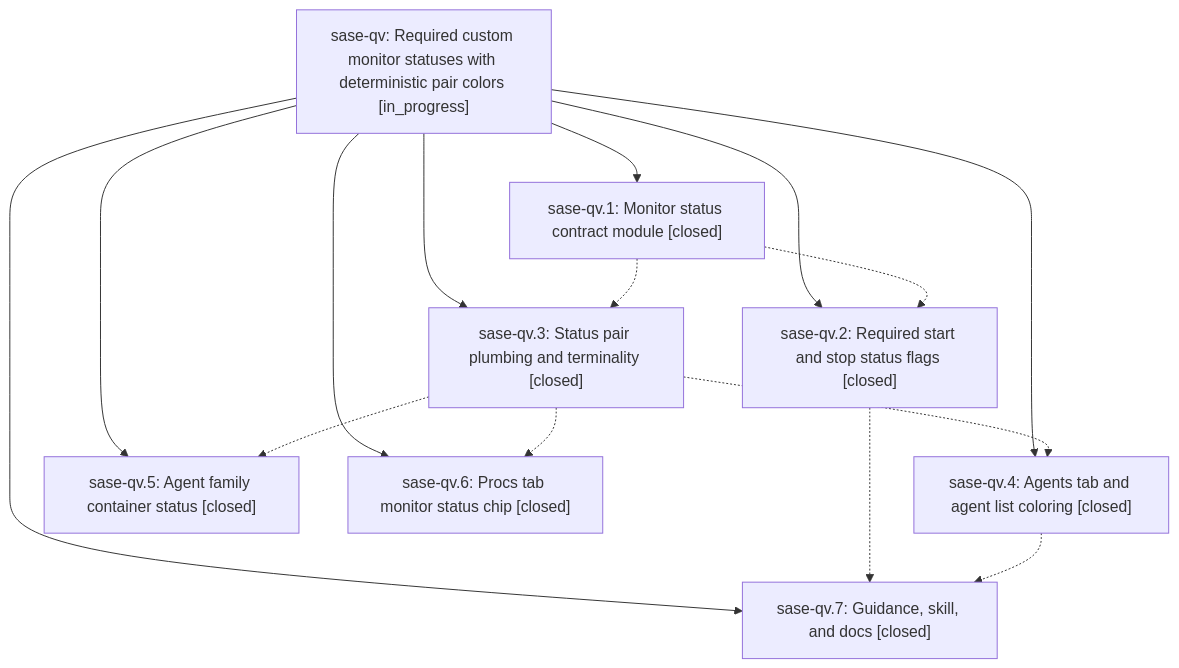
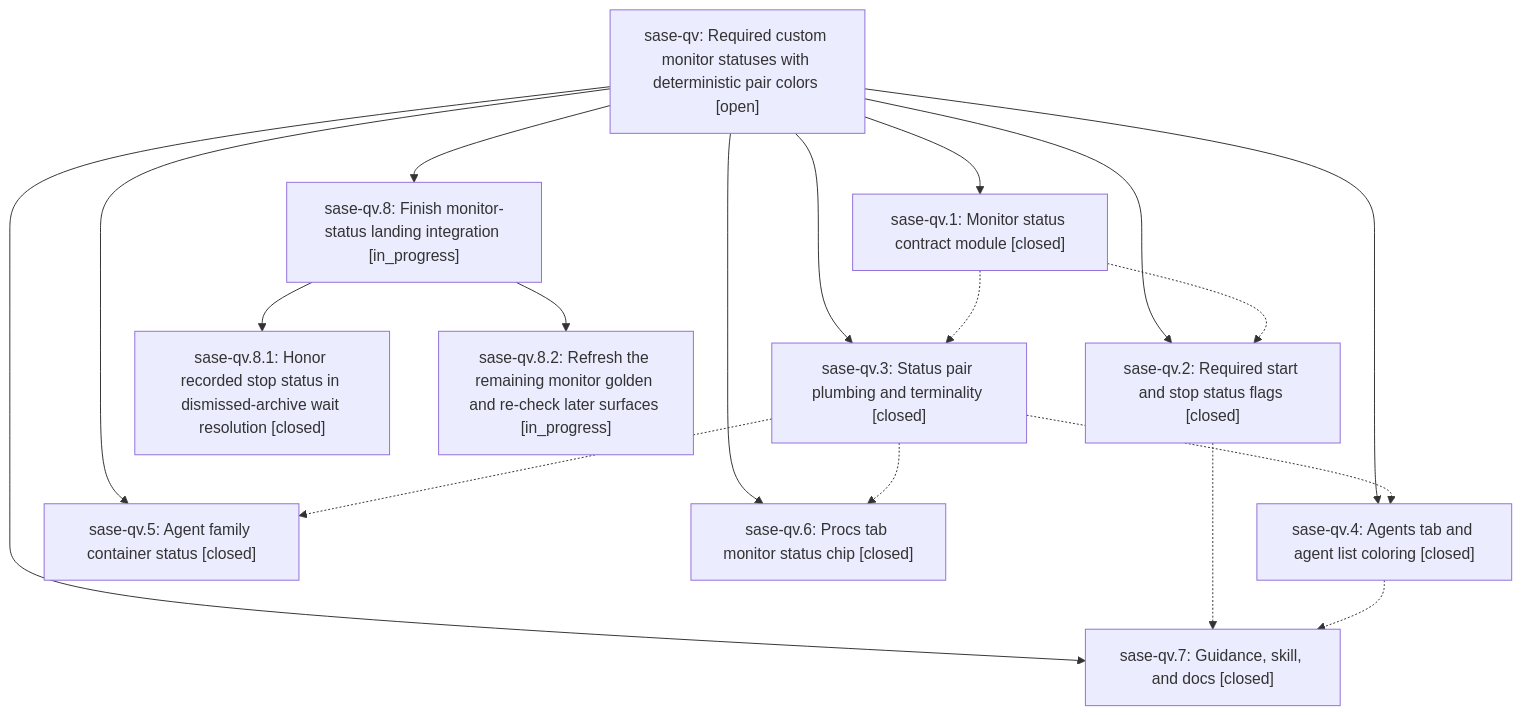
The diagram in pages/sase-qv/README.md (sase-org/sase--beads), drawn with Mermaid before and after one commit. The commit also changed other lines of this file and 3 other files, not shown here.

````diff
--- a/pages/sase-qv/README.md
+++ b/pages/sase-qv/README.md
@@ -32,25 +73,31 @@
 ```mermaid
 flowchart TD
-    n0["sase-qv: Required custom monitor statuses with deterministic pair colors [in_progress]"]
+    n0["sase-qv: Required custom monitor statuses with deterministic pair colors [open]"]
     n1["sase-qv.1: Monitor status contract module [closed]"]
     n2["sase-qv.2: Required start and stop status flags [closed]"]
     n3["sase-qv.3: Status pair plumbing and terminality [closed]"]
     n4["sase-qv.4: Agents tab and agent list coloring [closed]"]
     n5["sase-qv.5: Agent family container status [closed]"]
     n6["sase-qv.6: Procs tab monitor status chip [closed]"]
     n7["sase-qv.7: Guidance, skill, and docs [closed]"]
+    n8["sase-qv.8: Finish monitor-status landing integration [in_progress]"]
+    n9["sase-qv.8.1: Honor recorded stop status in dismissed-archive wait resolution [closed]"]
+    n10["sase-qv.8.2: Refresh the remaining monitor golden and re-check later surfaces [in_progress]"]
     n0 --> n1
     n0 --> n2
     n0 --> n3
     n0 --> n4
     n0 --> n5
     n0 --> n6
     n0 --> n7
+    n0 --> n8
+    n8 --> n9
+    n8 --> n10
     n1 -.-> n2
     n1 -.-> n3
     n2 -.-> n7
     n3 -.-> n4
     n3 -.-> n5
     n3 -.-> n6
     n4 -.-> n7
 ```
````
